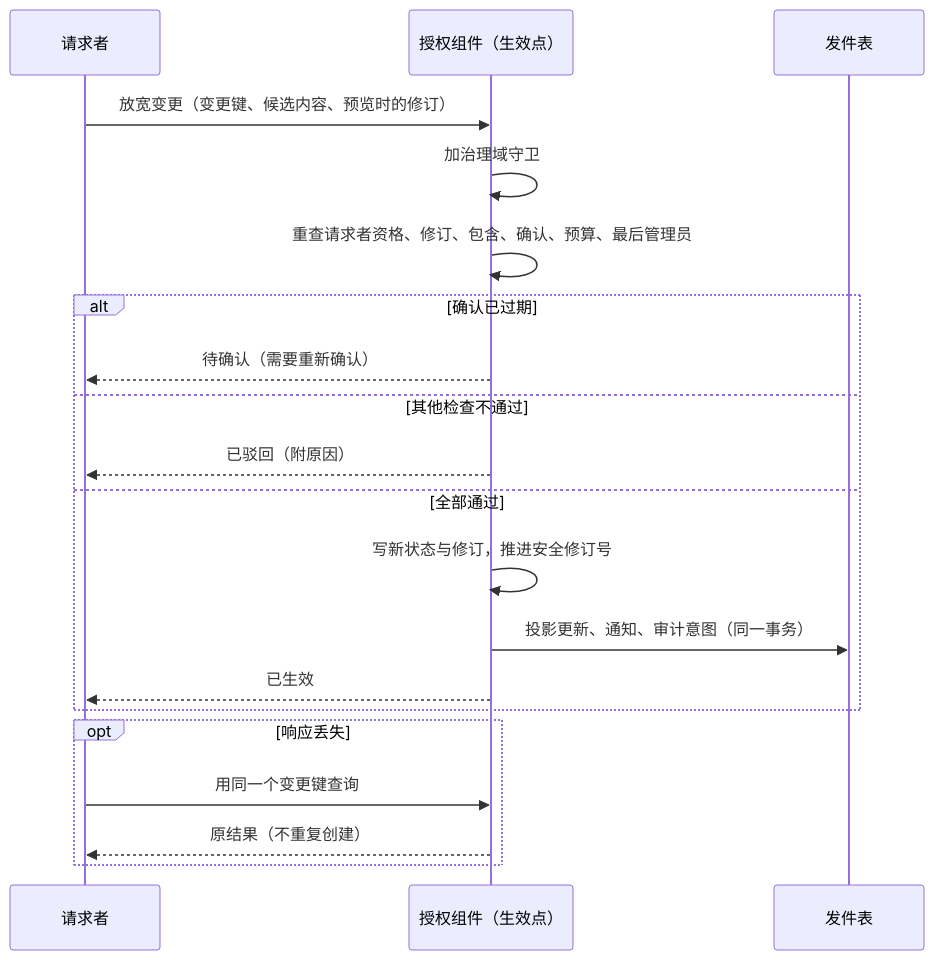
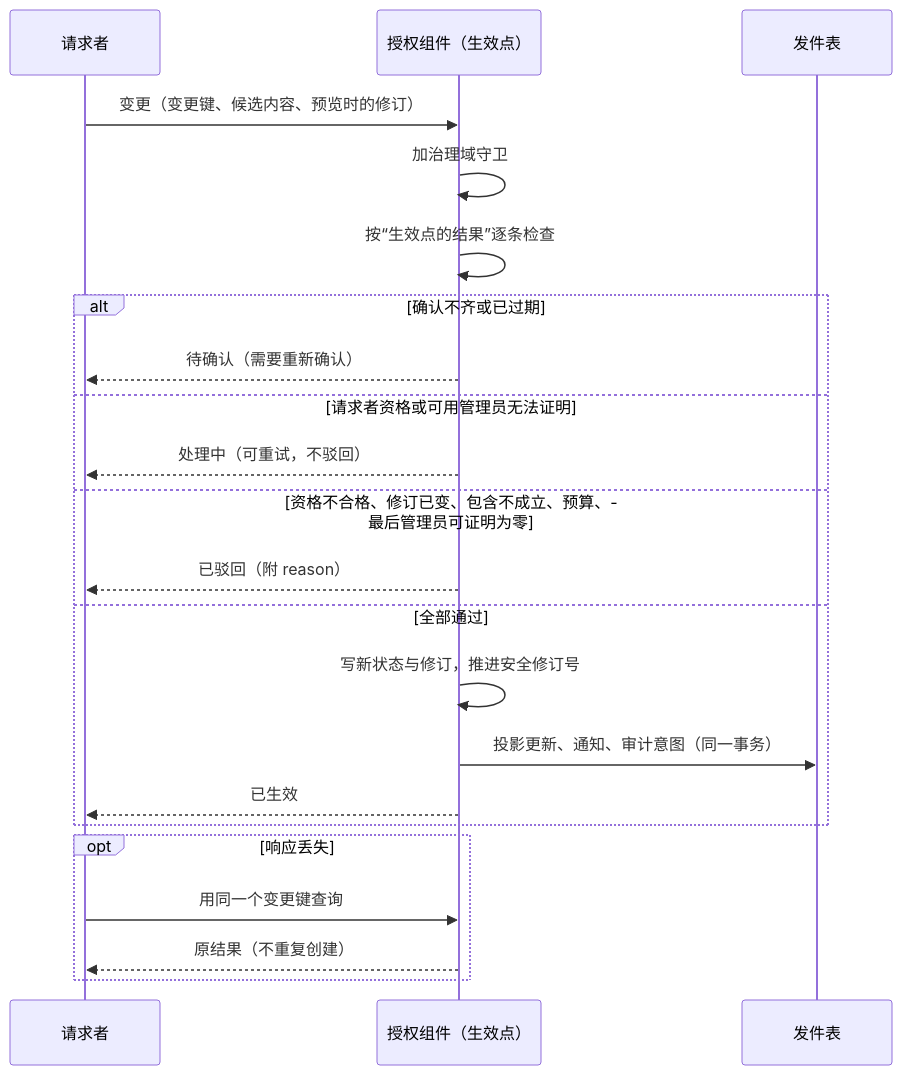
One commit to brickKit/be-assembly-standard changed the first of 2 diagrams in tempDocs/final/06-protocols/security/08-state-and-change-protocol.md. Above: the diagram before and after it, drawn with Mermaid. The commit also changed other lines of this file and 10 other files, not shown here.

````diff
--- a/tempDocs/final/06-protocols/security/08-state-and-change-protocol.md
+++ b/tempDocs/final/06-protocols/security/08-state-and-change-protocol.md
@@ -140,22 +159,24 @@
 ```mermaid
 sequenceDiagram
     participant R as 请求者
     participant Z as 授权组件（生效点）
     participant O as 发件表
-    R->>Z: 放宽变更（变更键、候选内容、预览时的修订）
+    R->>Z: 变更（变更键、候选内容、预览时的修订）
     Z->>Z: 加治理域守卫
-    Z->>Z: 重查请求者资格、修订、包含、确认、预算、最后管理员
-    alt 确认已过期
+    Z->>Z: 按“生效点的结果”逐条检查
+    alt 确认不齐或已过期
         Z-->>R: 待确认（需要重新确认）
-    else 其他检查不通过
-        Z-->>R: 已驳回（附原因）
+    else 请求者资格或可用管理员无法证明
+        Z-->>R: 处理中（可重试，不驳回）
+    else 资格不合格、修订已变、包含不成立、预算、最后管理员可证明为零
+        Z-->>R: 已驳回（附 reason）
     else 全部通过
         Z->>Z: 写新状态与修订，推进安全修订号
         Z->>O: 投影更新、通知、审计意图（同一事务）
         Z-->>R: 已生效
     end
     opt 响应丢失
         R->>Z: 用同一个变更键查询
         Z-->>R: 原结果（不重复创建）
     end
 ```
````
